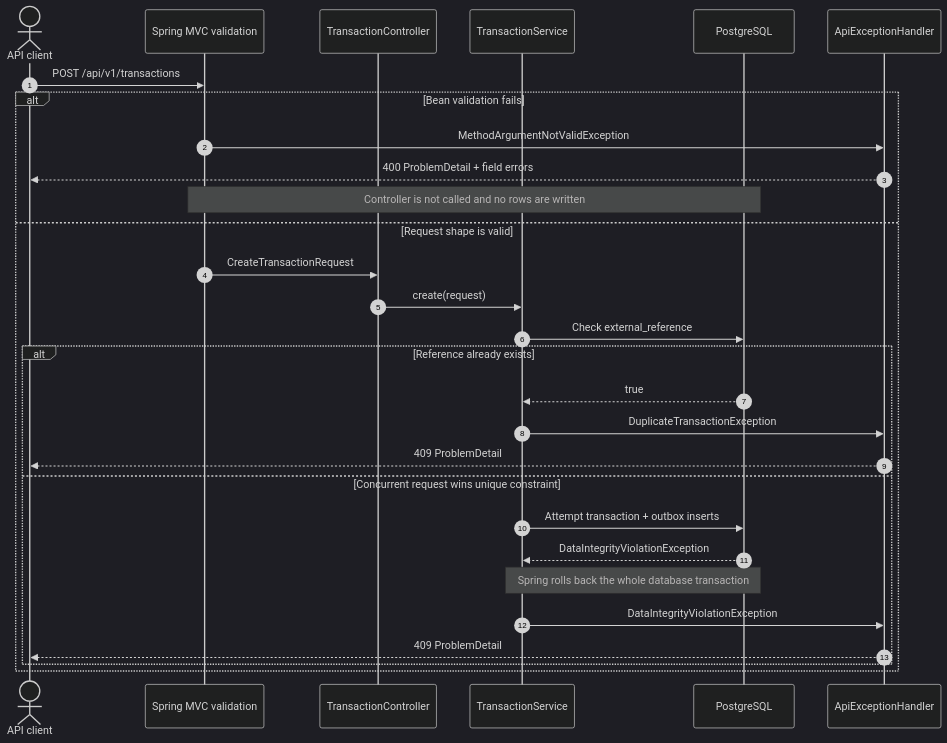
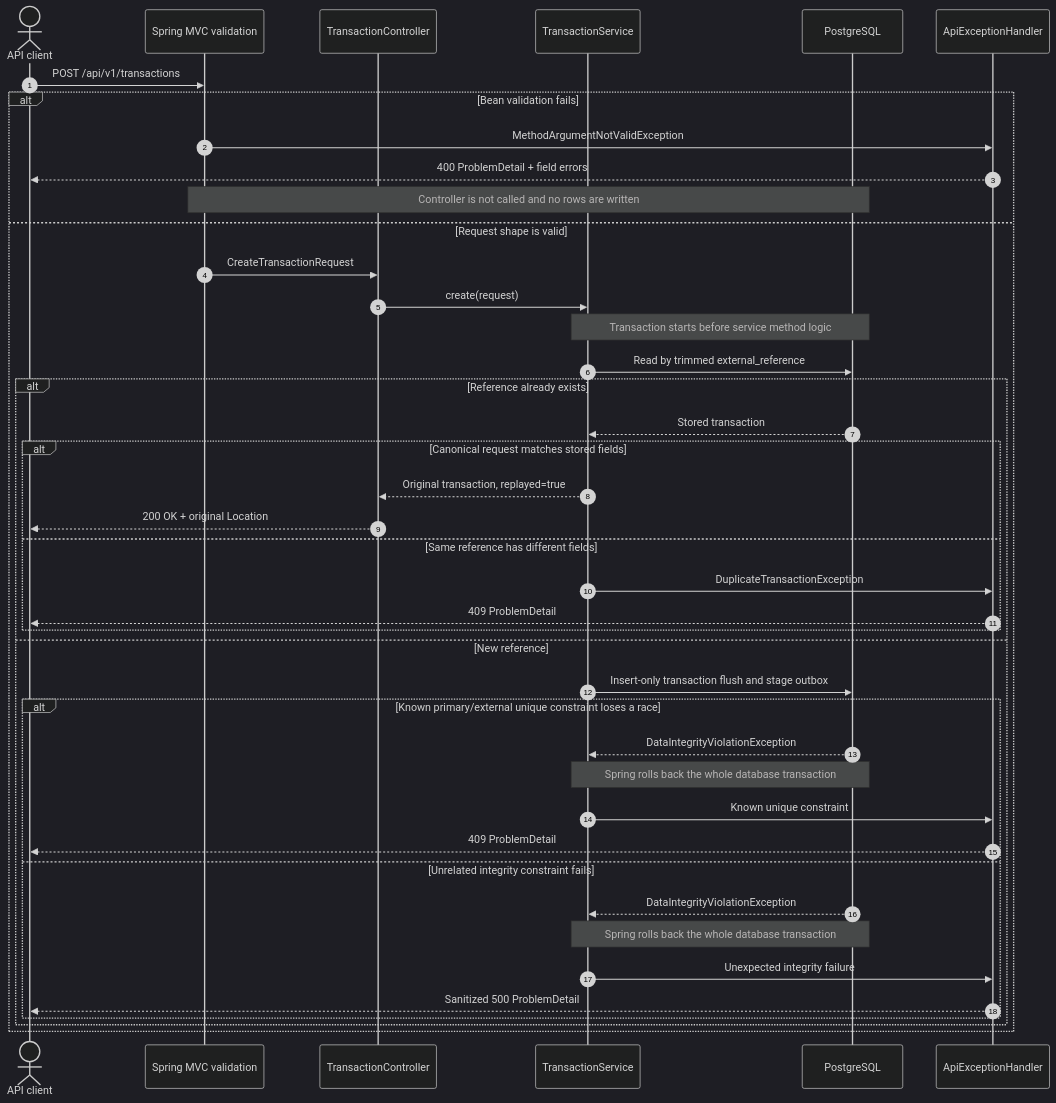
One commit to tarunngusain08/transaction-outbox-service changed the second of 16 diagrams in docs/sequence-diagrams.md. Above: the diagram before and after it, drawn with Mermaid (dark theme). The commit also changed other lines of this file and 62 other files, not shown here.

Commit message:
fix: harden transaction and outbox pipeline

````diff
--- a/docs/sequence-diagrams.md
+++ b/docs/sequence-diagrams.md
@@ -46,32 +48,45 @@
 ```mermaid
 sequenceDiagram
     autonumber
     actor Client as API client
     participant MVC as Spring MVC validation
     participant Controller as TransactionController
     participant Service as TransactionService
     participant DB as PostgreSQL
     participant Handler as ApiExceptionHandler
 
     Client->>MVC: POST /api/v1/transactions
     alt Bean validation fails
         MVC->>Handler: MethodArgumentNotValidException
         Handler-->>Client: 400 ProblemDetail + field errors
         Note over MVC,DB: Controller is not called and no rows are written
     else Request shape is valid
         MVC->>Controller: CreateTransactionRequest
         Controller->>Service: create(request)
-        Service->>DB: Check external_reference
+        Note over Service,DB: Transaction starts before service method logic
+        Service->>DB: Read by trimmed external_reference
         alt Reference already exists
-            DB-->>Service: true
-            Service->>Handler: DuplicateTransactionException
-            Handler-->>Client: 409 ProblemDetail
-        else Concurrent request wins unique constraint
-            Service->>DB: Attempt transaction + outbox inserts
-            DB-->>Service: DataIntegrityViolationException
-            Note over Service,DB: Spring rolls back the whole database transaction
-            Service->>Handler: DataIntegrityViolationException
-            Handler-->>Client: 409 ProblemDetail
+            DB-->>Service: Stored transaction
+            alt Canonical request matches stored fields
+                Service-->>Controller: Original transaction, replayed=true
+                Controller-->>Client: 200 OK + original Location
+            else Same reference has different fields
+                Service->>Handler: DuplicateTransactionException
+                Handler-->>Client: 409 ProblemDetail
+            end
+        else New reference
+            Service->>DB: Insert-only transaction flush and stage outbox
+            alt Known primary/external unique constraint loses a race
+                DB-->>Service: DataIntegrityViolationException
+                Note over Service,DB: Spring rolls back the whole database transaction
+                Service->>Handler: Known unique constraint
+                Handler-->>Client: 409 ProblemDetail
+            else Unrelated integrity constraint fails
+                DB-->>Service: DataIntegrityViolationException
+                Note over Service,DB: Spring rolls back the whole database transaction
+                Service->>Handler: Unexpected integrity failure
+                Handler-->>Client: Sanitized 500 ProblemDetail
+            end
         end
     end
 ```
````
